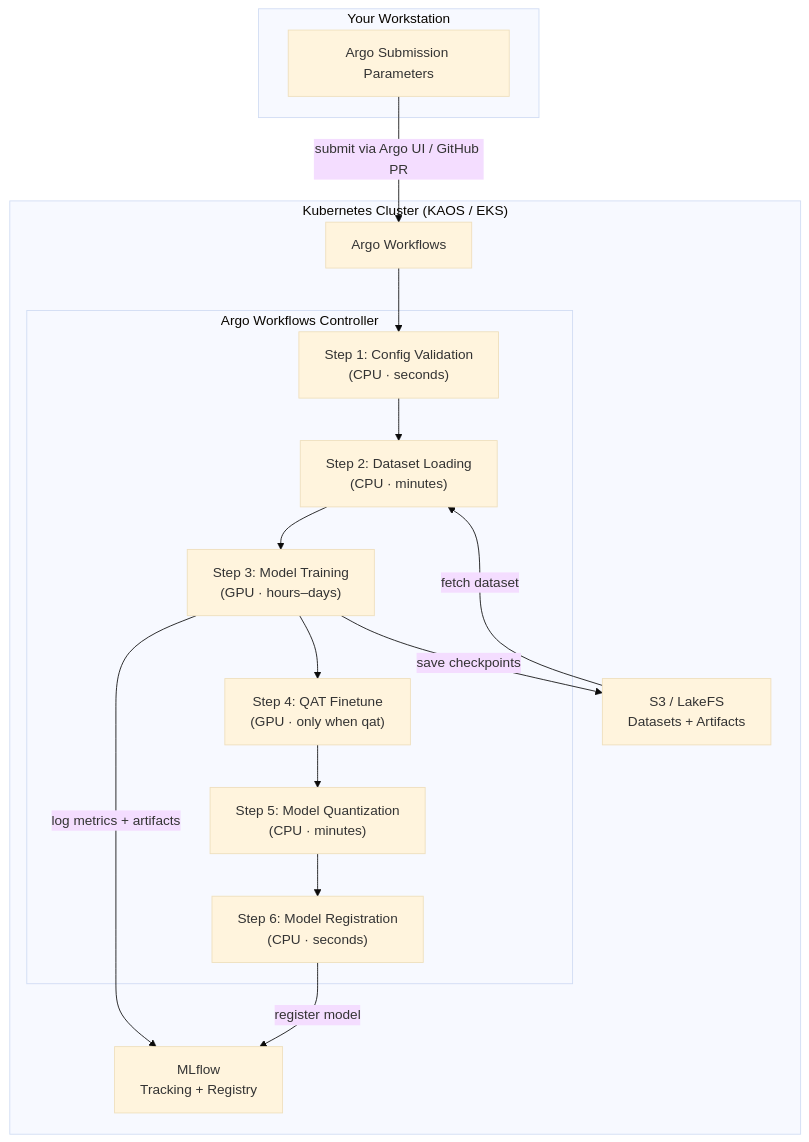
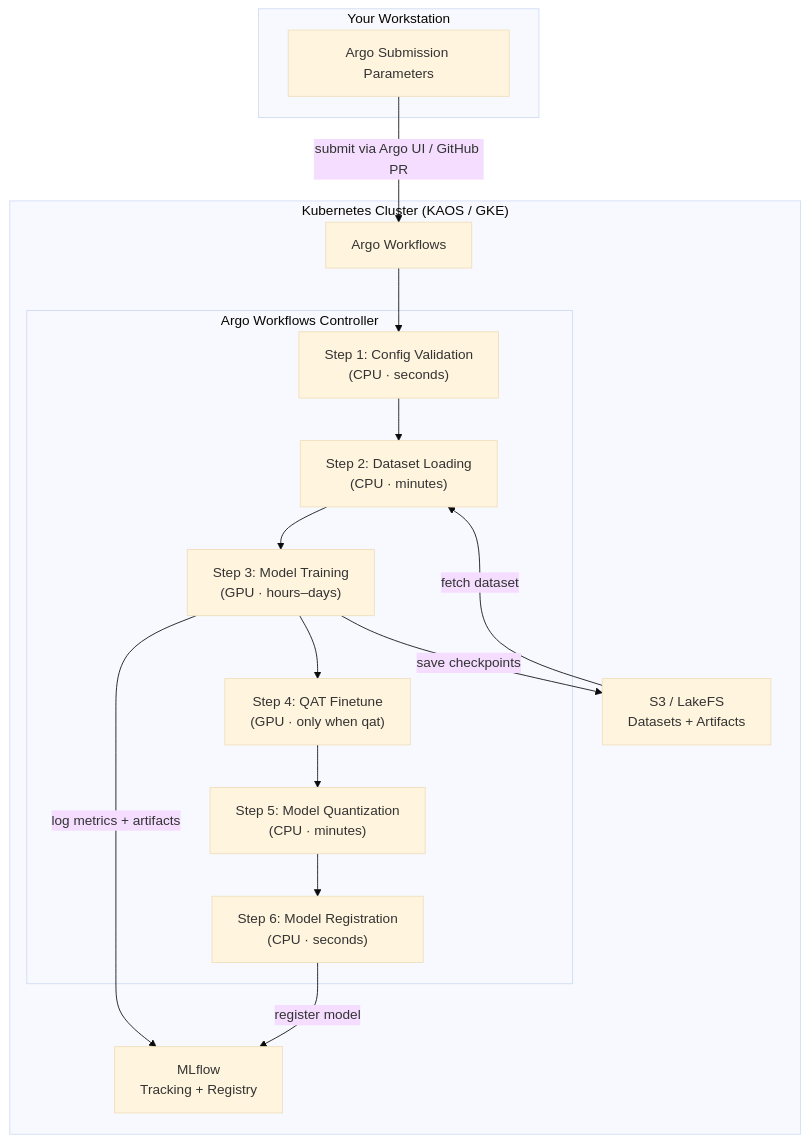
One commit to novelcore/kubeline-yolo-mlops changed the first of 2 diagrams in .docs/reference/architecture.md. Above: the diagram before and after it, drawn with Mermaid (base theme). The commit also changed other lines of this file and 3 other files, not shown here.

First line of the commit message:
docs: platform-setup + architecture describe GKE/GCP (was AWS/EKS)

````diff
--- a/.docs/reference/architecture.md
+++ b/.docs/reference/architecture.md
@@ -7,30 +7,30 @@
 ```mermaid
 graph TB
     subgraph Workstation["Your Workstation"]
         Params["Argo Submission Parameters"]
     end
 
     Params -->|submit via Argo UI / GitHub PR| ArgoAPI["Argo Workflows"]
 
-    subgraph K8s["Kubernetes Cluster (KAOS / EKS)"]
+    subgraph K8s["Kubernetes Cluster (KAOS / GKE)"]
         subgraph Argo["Argo Workflows Controller"]
             S1["Step 1: Config Validation\n(CPU · seconds)"]
             S2["Step 2: Dataset Loading\n(CPU · minutes)"]
             S3["Step 3: Model Training\n(GPU · hours–days)"]
             SQF["Step 4: QAT Finetune\n(GPU · only when qat)"]
             SQ["Step 5: Model Quantization\n(CPU · minutes)"]
             S4["Step 6: Model Registration\n(CPU · seconds)"]
             S1 --> S2 --> S3 --> SQF --> SQ --> S4
         end
 
         ArgoAPI --> S1
 
         MLflow["MLflow\nTracking + Registry"]
         S3Storage["S3 / LakeFS\nDatasets + Artifacts"]
     end
 
     S3 -->|log metrics + artifacts| MLflow
     S4 -->|register model| MLflow
     S3Storage -->|fetch dataset| S2
     S3 -->|save checkpoints| S3Storage
 ```
````
